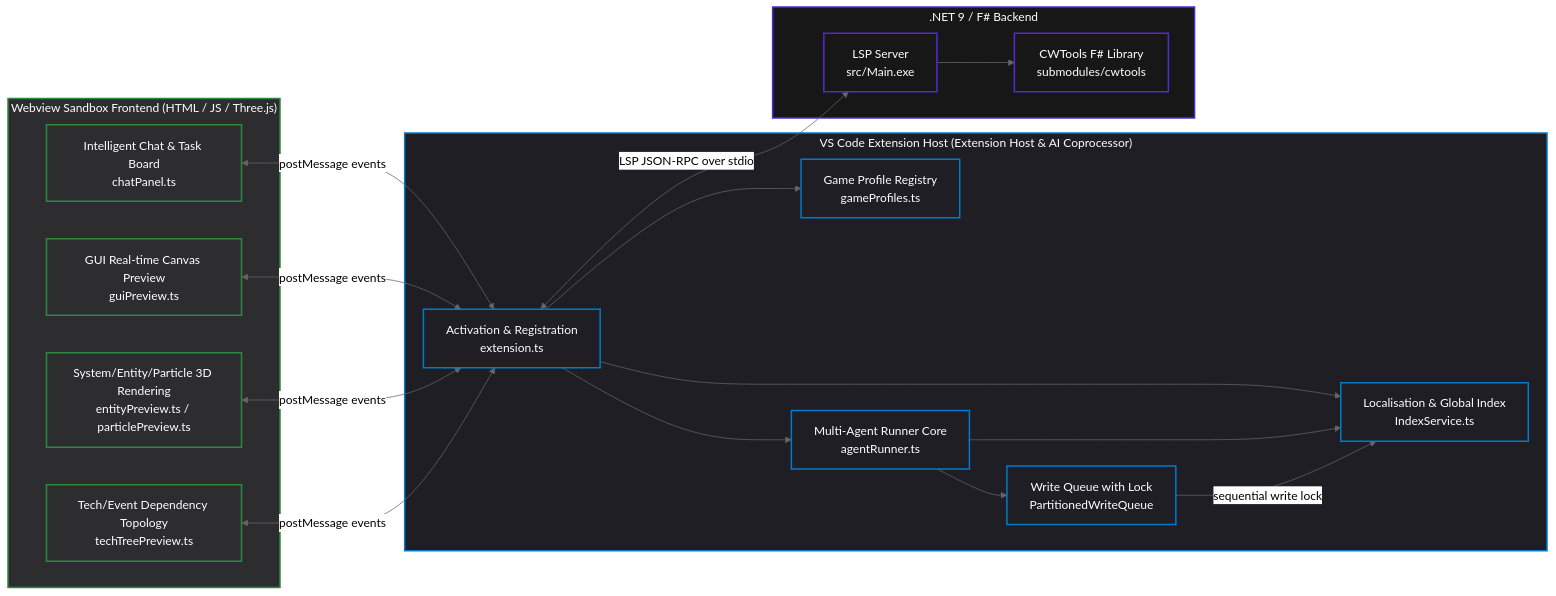
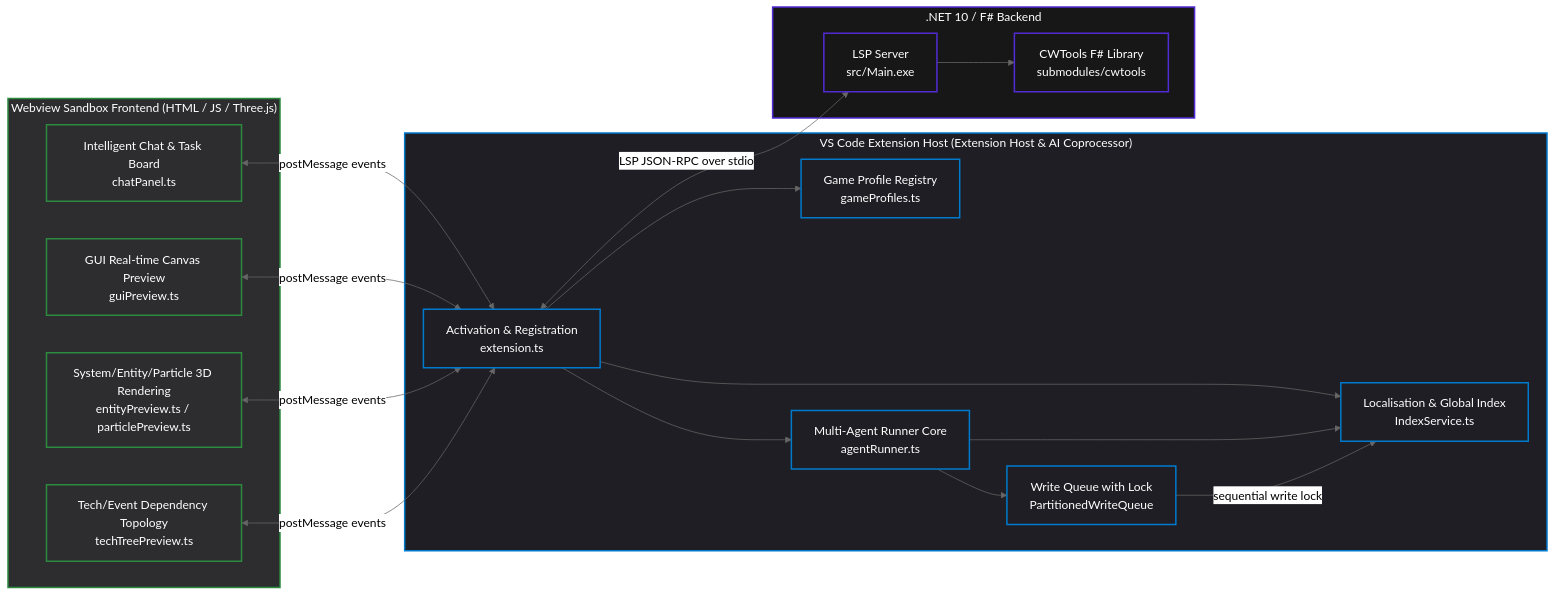
Before and after one commit to Aa728848/cwtools-vscode: the diagram in README_EN.md, drawn with Mermaid (neutral theme). The commit also changed other lines of this file and 20 other files, not shown here.

Commit message:
chore: upgrade build toolchain and backend projects to .NET 10 and add release management utilities

````diff
--- a/README_EN.md
+++ b/README_EN.md
@@ -51,50 +51,50 @@
 ```mermaid
 flowchart LR
     %% Frontend Sandbox
     subgraph Webview ["Webview Sandbox Frontend (HTML / JS / Three.js)"]
         UI["Intelligent Chat & Task Board\nchatPanel.ts"]
         Canvas["GUI Real-time Canvas Preview\nguiPreview.ts"]
         TD3D["System/Entity/Particle 3D Rendering\nentityPreview.ts / particlePreview.ts"]
         Graph["Tech/Event Dependency Topology\ntechTreePreview.ts"]
     end
 
     %% VS Code Host
     subgraph VSCode ["VS Code Extension Host (Extension Host & AI Coprocessor)"]
         Extension["Activation & Registration\nextension.ts"]
         GP["Game Profile Registry\ngameProfiles.ts"]
         IDX["Localisation & Global Index\nIndexService.ts"]
         AI["Multi-Agent Runner Core\nagentRunner.ts"]
         Queue["Write Queue with Lock\nPartitionedWriteQueue"]
     end
 
     %% .NET Compiler Backend
-    subgraph Backend [".NET 9 / F# Backend"]
+    subgraph Backend [".NET 10 / F# Backend"]
         LSP["LSP Server\nsrc/Main.exe"]
         Lib["CWTools F# Library\nsubmodules/cwtools"]
     end
 
     %% IPC Pipelines
     UI <-->|postMessage events| Extension
     Canvas <-->|postMessage events| Extension
     TD3D <-->|postMessage events| Extension
     Graph <-->|postMessage events| Extension
 
     %% Host Internals
     Extension --> GP
     Extension --> IDX
     Extension --> AI
     AI --> IDX
     AI --> Queue
     Queue -->|sequential write lock| IDX
 
     %% Host <-> LSP
     Extension <-->|LSP JSON-RPC over stdio| LSP
     LSP --> Lib
 
     classDef vscode fill:#1e1e24,stroke:#007acc,stroke-width:2px,color:#fff;
     classDef webview fill:#2d2d30,stroke:#2b8a3e,stroke-width:2px,color:#fff;
     classDef backend fill:#171717,stroke:#512bd4,stroke-width:2px,color:#fff;
     class VSCode,Extension,GP,IDX,AI,Queue vscode;
     class Webview,UI,Canvas,TD3D,Graph webview;
     class Backend,LSP,Lib backend;
 ```
````
